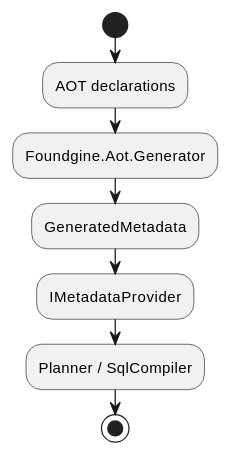
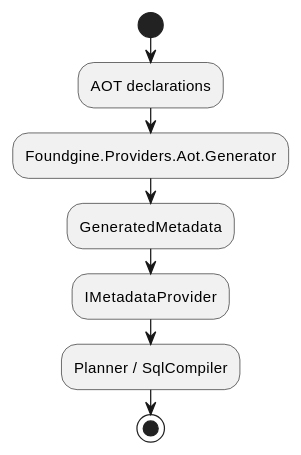
One commit to CristianBarragan/CoffeeBean changed the third of 7 diagrams in samples/Foundgine.SupplyChain/GUIDE.md. Above: the diagram before and after it, drawn with PlantUML. The commit also changed other lines of this file and 1325 other files, not shown here.

````diff
--- a/samples/Foundgine.SupplyChain/GUIDE.md
+++ b/samples/Foundgine.SupplyChain/GUIDE.md
@@ -91,11 +91,11 @@
 ```plantuml
 @startuml
 start
 :AOT declarations;
-:Foundgine.Aot.Generator;
+:Foundgine.Providers.Aot.Generator;
 :GeneratedMetadata;
 :IMetadataProvider;
 :Planner / SqlCompiler;
 stop
 @enduml
 ```
````
